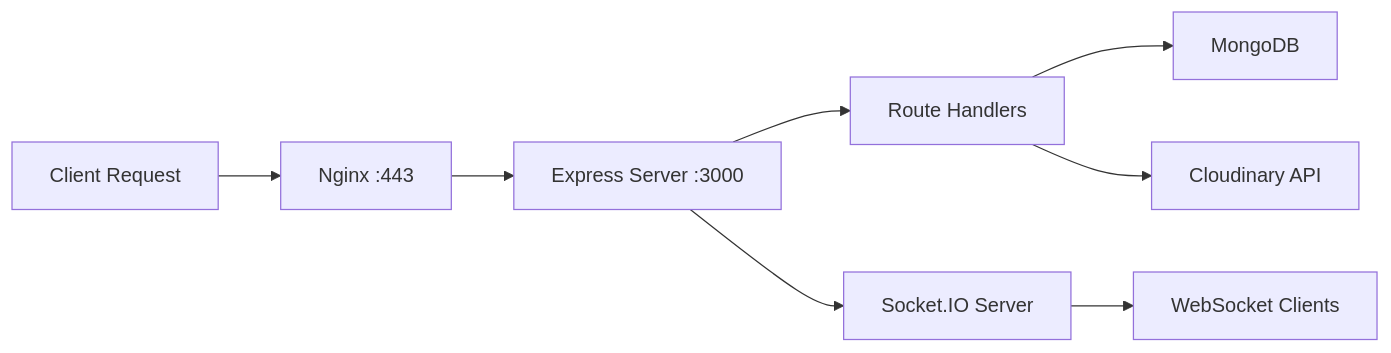
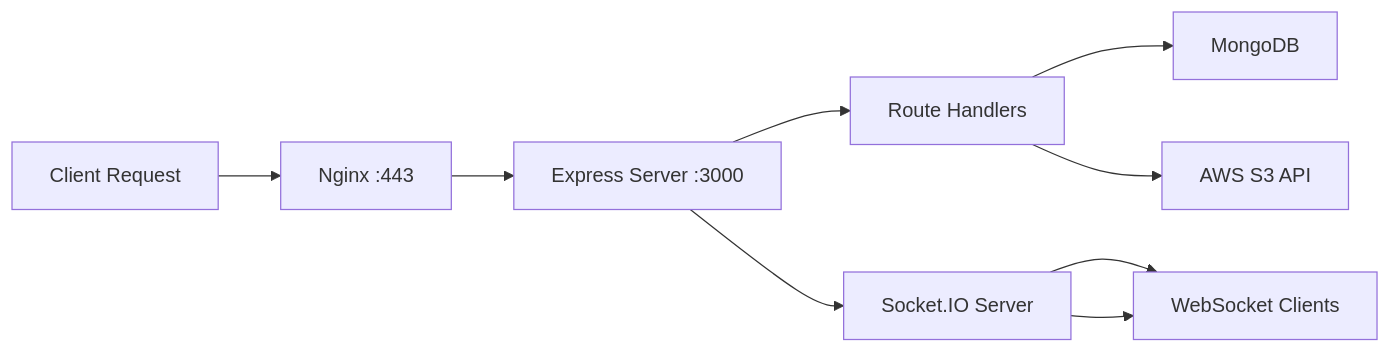
Before and after one commit to vedchaudhari/rn-bookworm: the second of 2 diagrams in README.md, drawn with Mermaid. The commit also changed other lines of this file and 1 other file, not shown here.

Commit message:
feat: Replace Cloudinary with AWS S3 for file storage, update README documentation, and rename the local database in the seed script.

````diff
--- a/README.md
+++ b/README.md
@@ -157,10 +157,11 @@
 ```mermaid
 graph LR
     A[Client Request] --> B[Nginx :443]
     B --> C[Express Server :3000]
     C --> D[Route Handlers]
     D --> E[MongoDB]
     C --> F[Socket.IO Server]
     F --> G[WebSocket Clients]
-    D --> H[Cloudinary API]
+    F --> G[WebSocket Clients]
+    D --> H[AWS S3 API]
 ```
````
